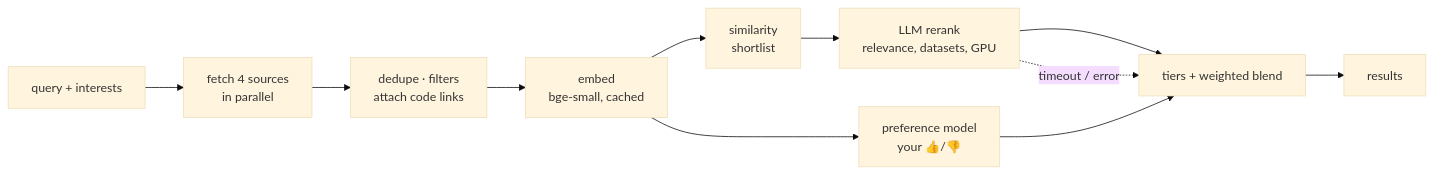
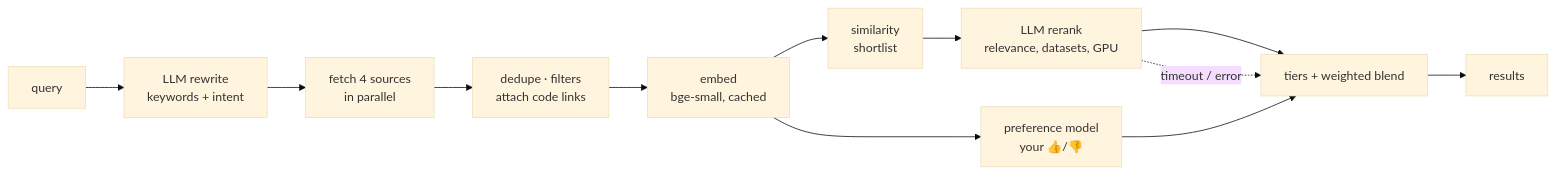
Before and after one commit to tryzhaa/Research-Copilot: the diagram in README.md, drawn with Mermaid (base theme). The commit also changed other lines of this file and 3 other files, not shown here.

````diff
--- a/README.md
+++ b/README.md
@@ -16,13 +16,14 @@
 ```mermaid
 flowchart LR
-    Q[query + interests] --> F[fetch 4 sources<br/>in parallel]
+    Q[query] --> W[LLM rewrite<br/>keywords + intent]
+    W --> F[fetch 4 sources<br/>in parallel]
     F --> D[dedupe · filters<br/>attach code links]
     D --> E[embed<br/>bge-small, cached]
     E --> S[similarity<br/>shortlist]
     S --> L[LLM rerank<br/>relevance, datasets, GPU]
     E --> P[preference model<br/>your 👍/👎]
     L --> B[tiers + weighted blend]
     P --> B
     B --> R[results]
     L -. timeout / error .-> B
 ```
````
